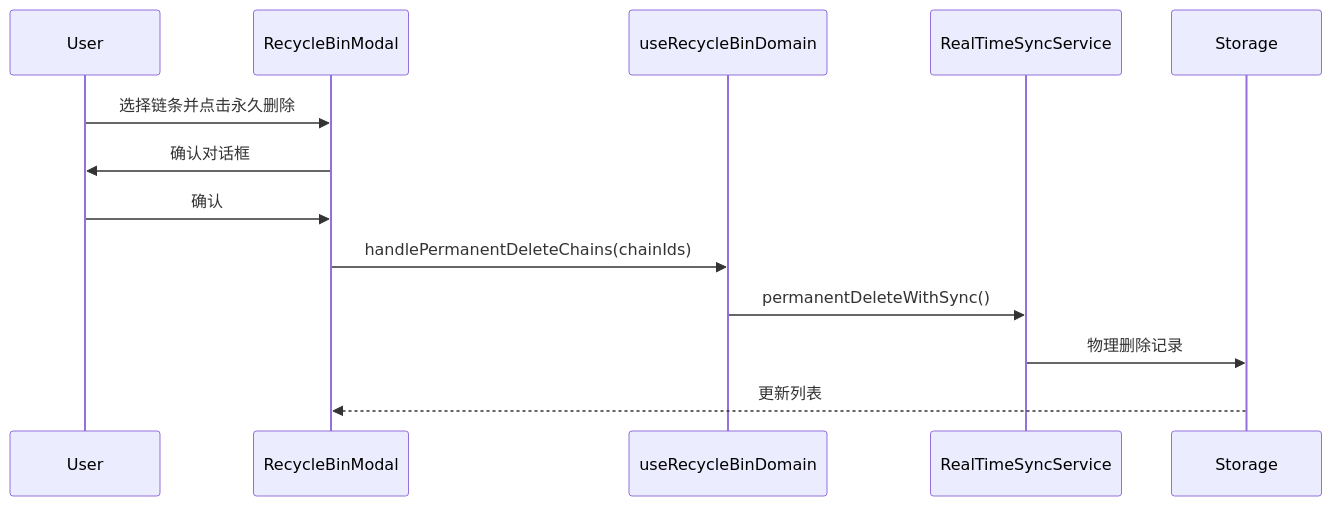
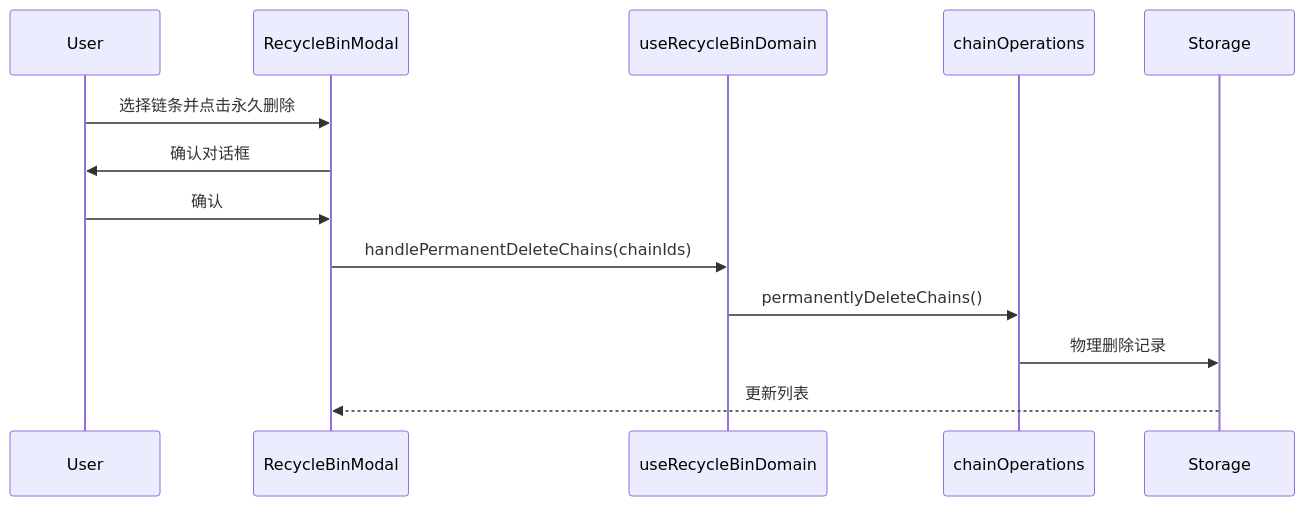
Before and after one commit to KenXiao1/momentum: the third of 3 diagrams in docs/features/DOMAIN_RECYCLE_BIN.md, drawn with Mermaid. The commit also changed other lines of this file and 142 other files, not shown here.

````diff
--- a/docs/features/DOMAIN_RECYCLE_BIN.md
+++ b/docs/features/DOMAIN_RECYCLE_BIN.md
@@ -98,16 +97,16 @@
 ```mermaid
 sequenceDiagram
     participant User
     participant RecycleBinModal
     participant useRecycleBinDomain
-    participant RealTimeSyncService
+    participant chainOperations
     participant Storage
 
     User->>RecycleBinModal: 选择链条并点击永久删除
     RecycleBinModal->>User: 确认对话框
     User->>RecycleBinModal: 确认
     RecycleBinModal->>useRecycleBinDomain: handlePermanentDeleteChains(chainIds)
-    useRecycleBinDomain->>RealTimeSyncService: permanentDeleteWithSync()
-    RealTimeSyncService->>Storage: 物理删除记录
+    useRecycleBinDomain->>chainOperations: permanentlyDeleteChains()
+    chainOperations->>Storage: 物理删除记录
     Storage-->>RecycleBinModal: 更新列表
 ```
````
